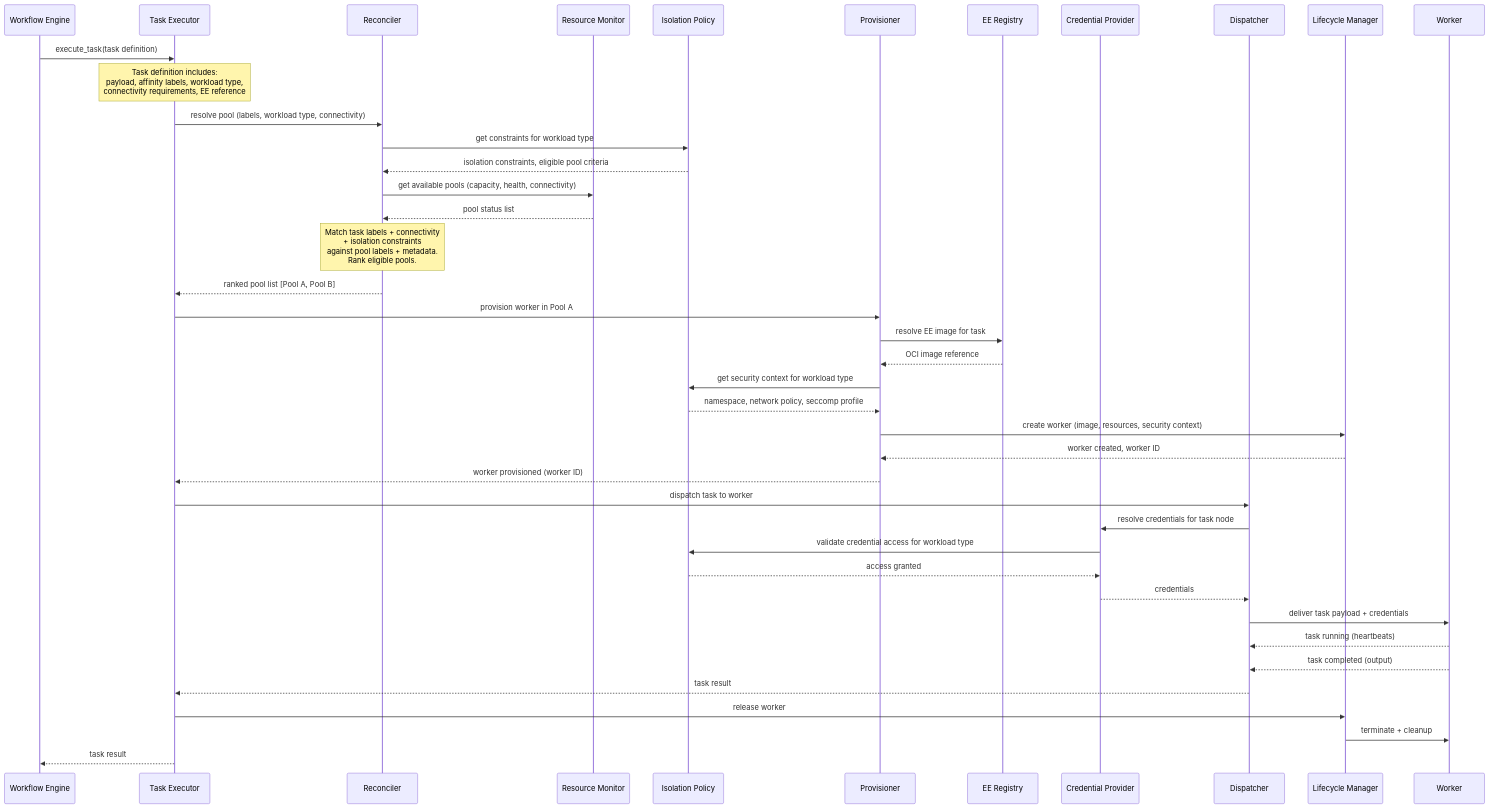
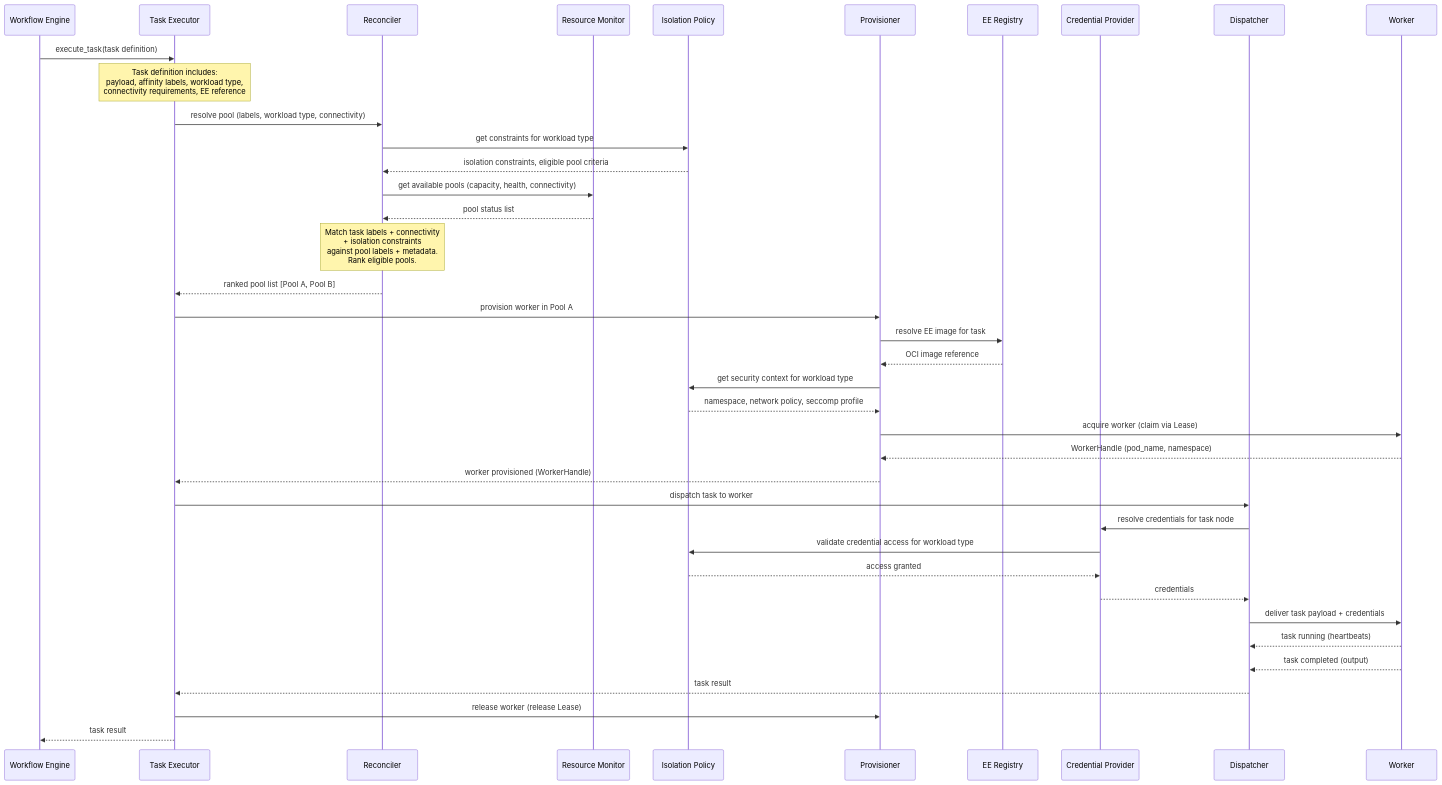
Before and after one commit to manstis/syntara: the seventh of 14 diagrams in backend/docs/execution-plane.md, drawn with Mermaid. The commit also changed other lines of this file and 1 other file, not shown here.

Commit message:
chore: Remove Lifecycle Manager.

````diff
--- a/backend/docs/execution-plane.md
+++ b/backend/docs/execution-plane.md
@@ -454,62 +438,60 @@
 ```mermaid
 sequenceDiagram
     participant WE as Workflow Engine
     participant TE as Task Executor
     participant R as Reconciler
     participant RM as Resource Monitor
     participant IP as Isolation Policy
     participant P as Provisioner
     participant EER as EE Registry
     participant CP as Credential Provider
     participant D as Dispatcher
-    participant LM as Lifecycle Manager
     participant W as Worker
 
     WE->>TE: execute_task(task definition)
 
     Note over TE: Task definition includes:<br/>payload, affinity labels, workload type,<br/>connectivity requirements, EE reference
 
     TE->>R: resolve pool (labels, workload type, connectivity)
 
     R->>IP: get constraints for workload type
     IP-->>R: isolation constraints, eligible pool criteria
 
     R->>RM: get available pools (capacity, health, connectivity)
     RM-->>R: pool status list
 
     Note over R: Match task labels + connectivity<br/>+ isolation constraints<br/>against pool labels + metadata.<br/>Rank eligible pools.
 
     R-->>TE: ranked pool list [Pool A, Pool B]
 
     TE->>P: provision worker in Pool A
 
     P->>EER: resolve EE image for task
     EER-->>P: OCI image reference
 
     P->>IP: get security context for workload type
     IP-->>P: namespace, network policy, seccomp profile
 
-    P->>LM: create worker (image, resources, security context)
-    LM-->>P: worker created, worker ID
+    P->>W: acquire worker (claim via Lease)
+    W-->>P: WorkerHandle (pod_name, namespace)
 
-    P-->>TE: worker provisioned (worker ID)
+    P-->>TE: worker provisioned (WorkerHandle)
 
     TE->>D: dispatch task to worker
 
     D->>CP: resolve credentials for task node
     CP->>IP: validate credential access for workload type
     IP-->>CP: access granted
     CP-->>D: credentials
 
     D->>W: deliver task payload + credentials
 
     W-->>D: task running (heartbeats)
     W-->>D: task completed (output)
 
     D-->>TE: task result
 
-    TE->>LM: release worker
-    LM->>W: terminate + cleanup
+    TE->>P: release worker (release Lease)
 
     TE-->>WE: task result
 ```
````
